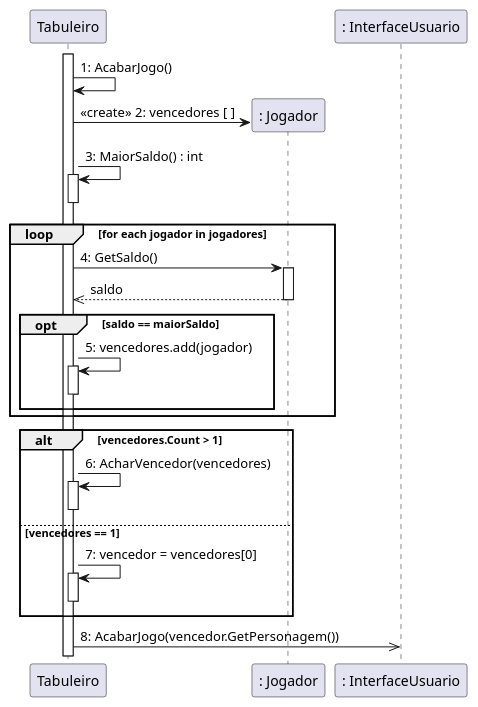
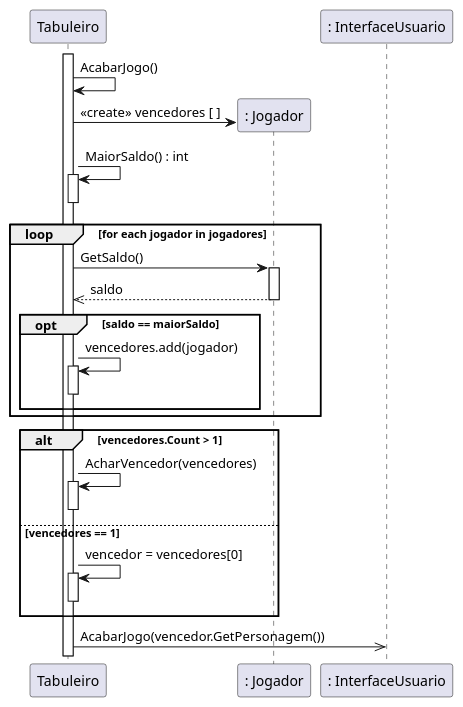
The diagram in Documentação/diagrama-de-sequencia-acabar-jogo.plantuml (rogerpcto/ProjetoDeSoftware-UFF), drawn with PlantUML before and after one commit.

Commit message:
Atualiza acabar jogo

```diff
--- a/Documentação/diagrama-de-sequencia-acabar-jogo.plantuml
+++ b/Documentação/diagrama-de-sequencia-acabar-jogo.plantuml
@@ -1,33 +1,33 @@
 @startuml
 Activate Tabuleiro
-":Tabuleiro" as Tabuleiro -> Tabuleiro : 1: AcabarJogo()
+":Tabuleiro" as Tabuleiro -> Tabuleiro : AcabarJogo()
 
 Create ": Jogador" as Jogador
-    Tabuleiro -> Jogador : <<create>> 2: vencedores [ ]
-    Tabuleiro -> Tabuleiro : 3: MaiorSaldo() : int
+    Tabuleiro -> Jogador : <<create>> vencedores [ ]
+    Tabuleiro -> Tabuleiro : MaiorSaldo() : int
     activate Tabuleiro
     deactivate Tabuleiro   
     loop for each jogador in jogadores   
-        Tabuleiro -> Jogador : 4: GetSaldo()
+        Tabuleiro -> Jogador : GetSaldo()
         activate Jogador
         Tabuleiro <<-- Jogador: saldo
         deactivate Jogador
         opt saldo == maiorSaldo
-            Tabuleiro -> Tabuleiro : 5: vencedores.add(jogador)
+            Tabuleiro -> Tabuleiro : vencedores.add(jogador)
             activate Tabuleiro
             deactivate Tabuleiro
         end alt
     end loop
 
     alt vencedores.Count > 1
-        Tabuleiro-> Tabuleiro: 6: AcharVencedor(vencedores)
+        Tabuleiro-> Tabuleiro: AcharVencedor(vencedores)
         activate Tabuleiro
         deactivate Tabuleiro
 
     else vencedores == 1
-        Tabuleiro -> Tabuleiro: 7: vencedor = vencedores[0]
+        Tabuleiro -> Tabuleiro: vencedor = vencedores[0]
         activate Tabuleiro
         deactivate Tabuleiro
     end
-    Tabuleiro ->> ": InterfaceUsuario" as GUI : 8: AcabarJogo(vencedor.GetPersonagem())
+    Tabuleiro ->> ": InterfaceUsuario" as GUI : AcabarJogo(vencedor.GetPersonagem())
 @enduml
```
